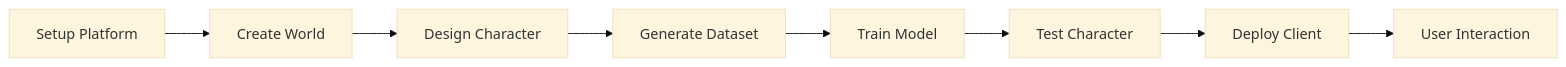
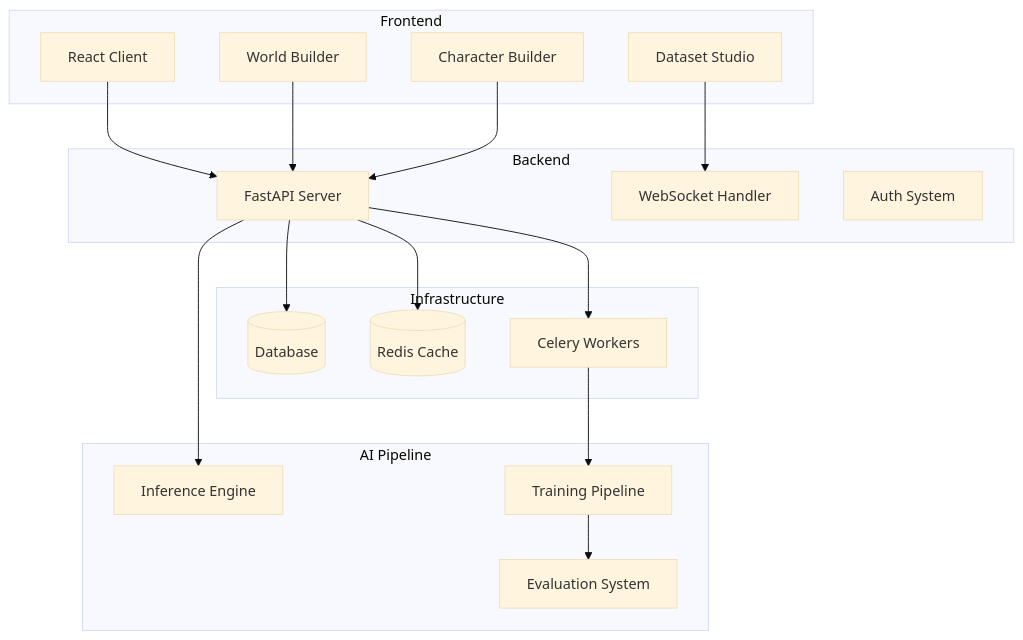
The diagram in character-docs/docs/README.md (aimerib/smollmfinetune), drawn with Mermaid (base theme) before and after one commit. The commit also changed other lines of this file and 38 other files, not shown here.

First line of the commit message:
✨ Introduce Character Creation Devkit with Modern Architecture

````diff
--- a/character-docs/docs/README.md
+++ b/character-docs/docs/README.md
@@ -85,10 +55,40 @@
 ```mermaid
-graph LR
-    A[Setup Platform] --> B[Create World]
-    B --> C[Design Character]
-    C --> D[Generate Dataset]
-    D --> E[Train Model]
-    E --> F[Test Character]
-    F --> G[Deploy Client]
-    G --> H[User Interaction]
+graph TB
+    subgraph "Frontend"
+        RC[React Client]
+        WB[World Builder]
+        DS[Dataset Studio]
+        CB[Character Builder]
+    end
+    
+    subgraph "Backend"
+        API[FastAPI Server]
+        WS[WebSocket Handler]
+        AUTH[Auth System]
+    end
+    
+    subgraph "Infrastructure"
+        DB[(Database)]
+        REDIS[(Redis Cache)]
+        CELERY[Celery Workers]
+    end
+    
+    subgraph "AI Pipeline"
+        INF[Inference Engine]
+        TRAIN[Training Pipeline]
+        EVAL[Evaluation System]
+    end
+    
+    RC --> API
+    WB --> API
+    DS --> WS
+    CB --> API
+    
+    API --> DB
+    API --> REDIS
+    API --> CELERY
+    
+    CELERY --> TRAIN
+    API --> INF
+    TRAIN --> EVAL
 ```
````
